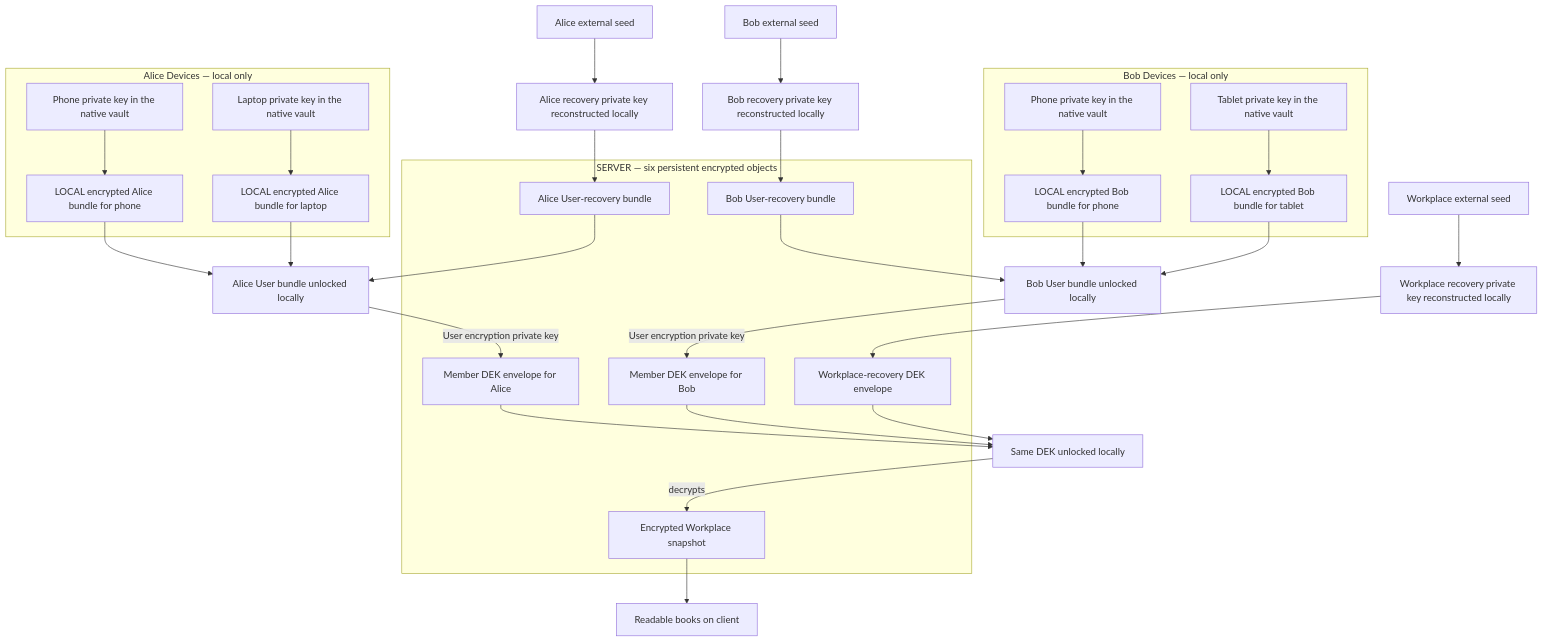
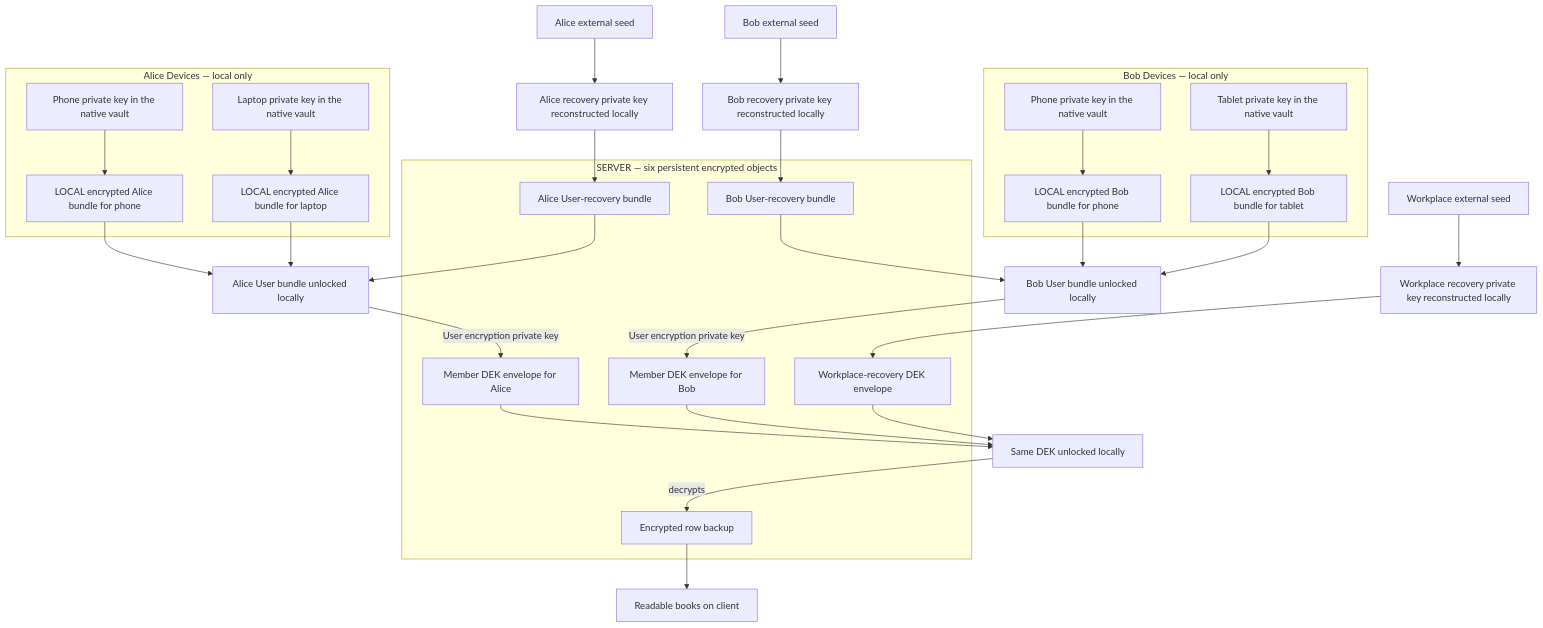
Before and after one commit to SahilSoniOrg/full-frills-balance: the diagram in docs/specs/online-sync-privacy/key-management.md, drawn with Mermaid. The commit also changed other lines of this file and 42 other files, not shown here.

First line of the commit message:
feat(web): add encrypted backup UI and finish restore launch in setup

````diff
--- a/docs/specs/online-sync-privacy/key-management.md
+++ b/docs/specs/online-sync-privacy/key-management.md
@@ -131,38 +140,38 @@
 ```mermaid
 flowchart TD
     subgraph AliceLocal["Alice Devices — local only"]
         A1["Phone private key in the native vault"] --> A1E["LOCAL encrypted Alice bundle for phone"]
         A2["Laptop private key in the native vault"] --> A2E["LOCAL encrypted Alice bundle for laptop"]
     end
     subgraph BobLocal["Bob Devices — local only"]
         B1["Phone private key in the native vault"] --> B1E["LOCAL encrypted Bob bundle for phone"]
         B2["Tablet private key in the native vault"] --> B2E["LOCAL encrypted Bob bundle for tablet"]
     end
     AR["Alice external seed"] --> ARK["Alice recovery private key reconstructed locally"]
     BR["Bob external seed"] --> BRK["Bob recovery private key reconstructed locally"]
     WR["Workplace external seed"] --> WRK["Workplace recovery private key reconstructed locally"]
     subgraph Cloud["SERVER — six persistent encrypted objects"]
         ARE["Alice User-recovery bundle"]
         BRE["Bob User-recovery bundle"]
         AE["Member DEK envelope for Alice"]
         BE["Member DEK envelope for Bob"]
         WE["Workplace-recovery DEK envelope"]
-        DATA["Encrypted Workplace snapshot"]
+        DATA["Encrypted row backup"]
     end
     ARK --> ARE
     BRK --> BRE
     A1E --> AU["Alice User bundle unlocked locally"]
     A2E --> AU
     ARE --> AU
     B1E --> BU["Bob User bundle unlocked locally"]
     B2E --> BU
     BRE --> BU
     AU -->|User encryption private key| AE
     BU -->|User encryption private key| BE
     WRK --> WE
     AE --> DEK["Same DEK unlocked locally"]
     BE --> DEK
     WE --> DEK
     DEK -->|decrypts| DATA
     DATA --> BOOKS["Readable books on client"]
 ```
````
